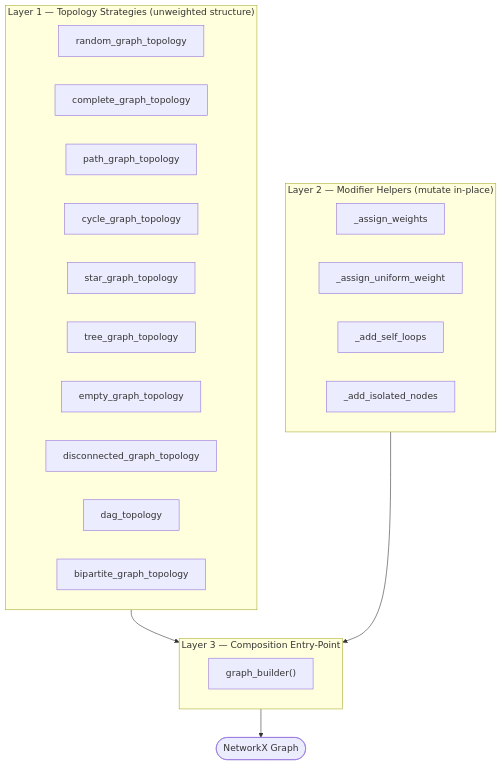
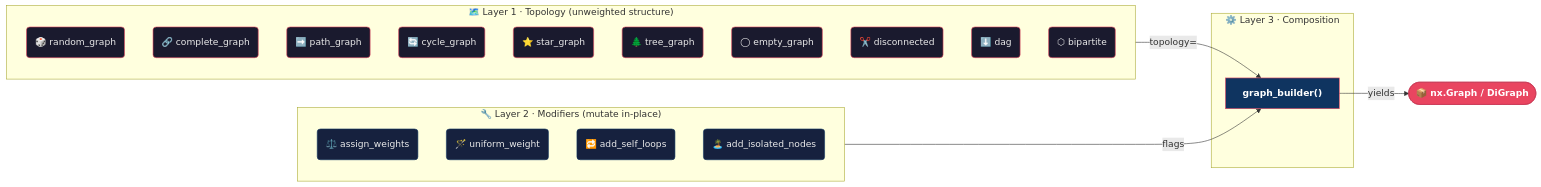
One commit to chandanraoiisc/Property-Based-Testing-E0251o-2026 changed the first of 3 diagrams in brijgopalb@iisc.ac.in/README.md. Above: the diagram before and after it, drawn with Mermaid. The commit also changed other lines of this file, not shown here.

Commit message:
Revise README to remove Floyd-Warshall rationale and enhance architecture diagram with clearer visual elements and labels.

````diff
--- a/brijgopalb@iisc.ac.in/README.md
+++ b/brijgopalb@iisc.ac.in/README.md
@@ -80,32 +69,42 @@
 ```mermaid
-flowchart TB
-    subgraph L1["Layer 1 — Topology Strategies (unweighted structure)"]
-        direction LR
-        t1[random_graph_topology]
-        t2[complete_graph_topology]
-        t3[path_graph_topology]
-        t4[cycle_graph_topology]
-        t5[star_graph_topology]
-        t6[tree_graph_topology]
-        t7[empty_graph_topology]
-        t8[disconnected_graph_topology]
-        t9[dag_topology]
-        t10[bipartite_graph_topology]
+flowchart LR
+    classDef topo    fill:#1a1a2e,stroke:#e94560,color:#eaeaea,rx:6
+    classDef mod     fill:#16213e,stroke:#0f3460,color:#eaeaea,rx:6
+    classDef builder fill:#0f3460,stroke:#e94560,color:#ffffff,font-weight:bold
+    classDef output  fill:#e94560,stroke:#c73652,color:#ffffff,font-weight:bold,rx:20
+
+    subgraph L1["🗺️  Layer 1 · Topology  (unweighted structure)"]
+        direction TB
+        t1("🎲 random_graph")
+        t2("🔗 complete_graph")
+        t3("➡️  path_graph")
+        t4("🔄 cycle_graph")
+        t5("⭐ star_graph")
+        t6("🌲 tree_graph")
+        t7("◯  empty_graph")
+        t8("✂️  disconnected")
+        t9("⬇️  dag")
+        t10("⬡  bipartite")
     end
 
-    subgraph L2["Layer 2 — Modifier Helpers (mutate in-place)"]
-        direction LR
-        m1[_assign_weights]
-        m2[_assign_uniform_weight]
-        m3[_add_self_loops]
-        m4[_add_isolated_nodes]
+    subgraph L2["🔧  Layer 2 · Modifiers  (mutate in-place)"]
+        direction TB
+        m1("⚖️  assign_weights")
+        m2("🪄 uniform_weight")
+        m3("🔁 add_self_loops")
+        m4("🏝️  add_isolated_nodes")
     end
 
-    subgraph L3["Layer 3 — Composition Entry-Point"]
+    subgraph L3["⚙️  Layer 3 · Composition"]
         gb["graph_builder()"]
     end
 
-    L1 --> L3
-    L2 --> L3
-    L3 --> out([NetworkX Graph])
+    L1 -- "topology=" --> gb
+    L2 -- "flags" --> gb
+    gb -- "yields" --> out(["📦 nx.Graph / DiGraph"])
+
+    class t1,t2,t3,t4,t5,t6,t7,t8,t9,t10 topo
+    class m1,m2,m3,m4 mod
+    class gb builder
+    class out output
 ```
````
